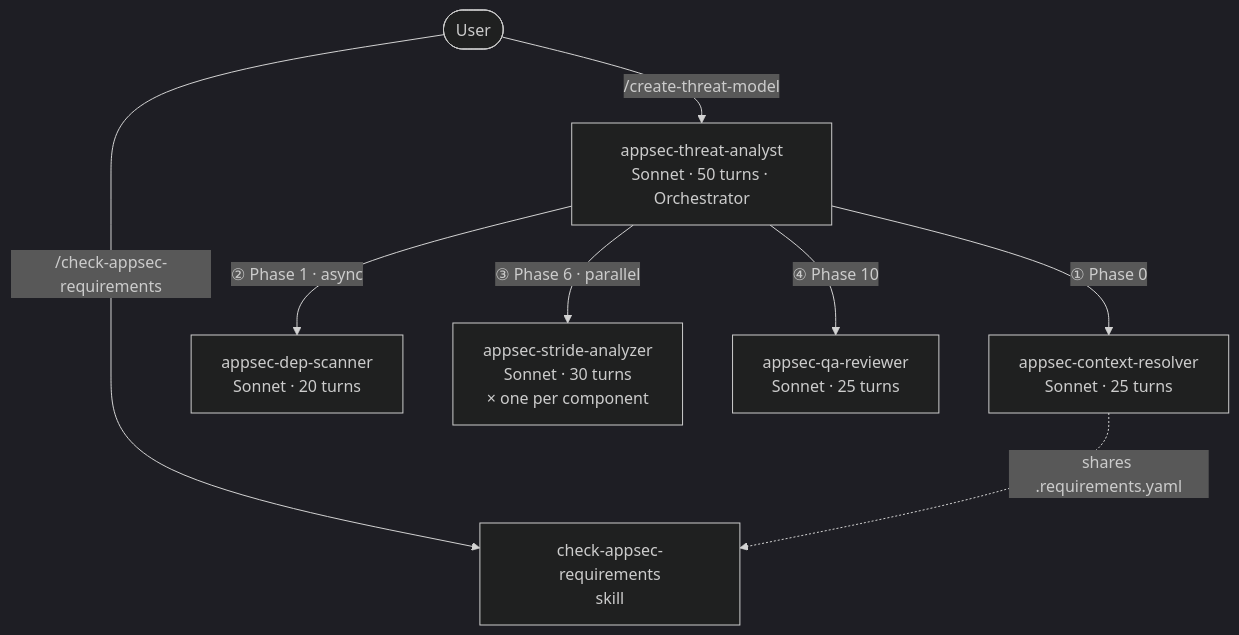
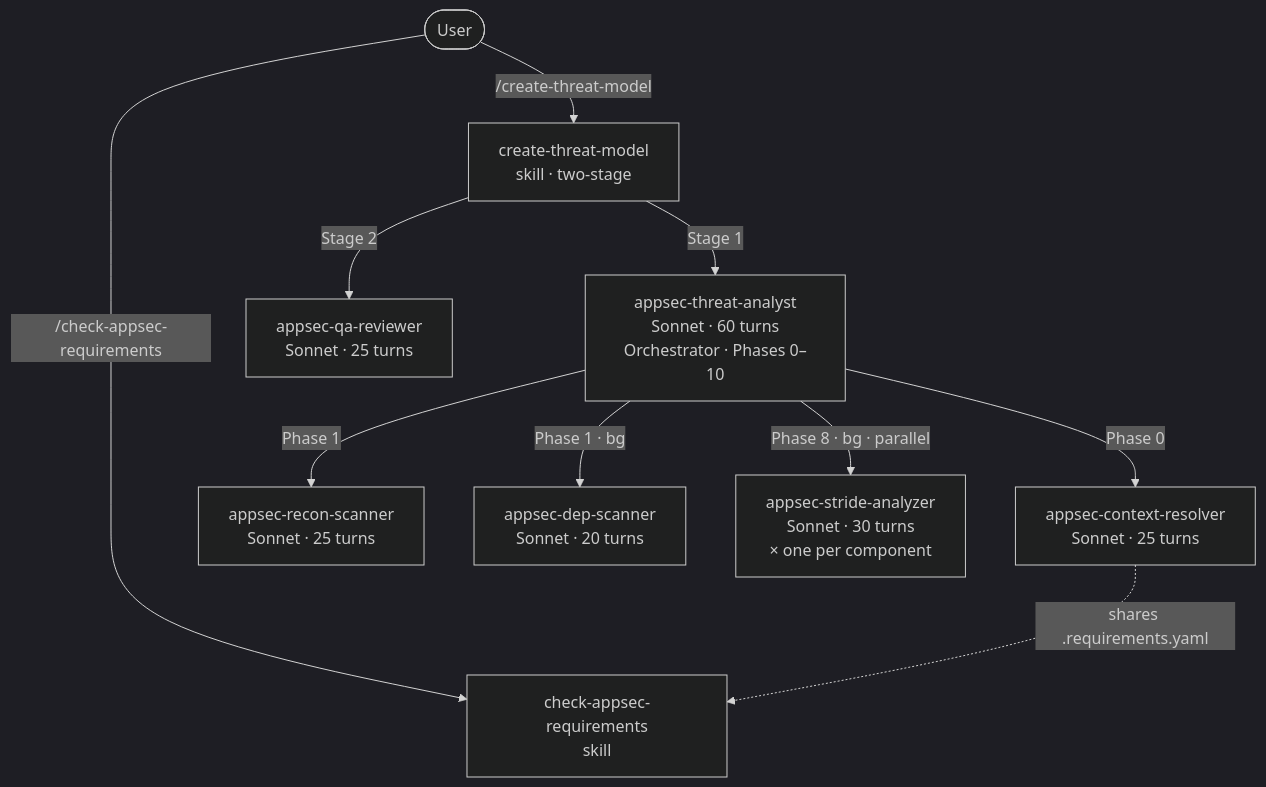
Before and after one commit to appsec-foundry/appsec-analyzer: the first of 2 diagrams in README.md, drawn with Mermaid (dark theme). The commit also changed other lines of this file and 10 other files, not shown here.

````diff
--- a/README.md
+++ b/README.md
@@ -87,15 +120,16 @@
 ```mermaid
 flowchart TD
     U(["User"])
-    U -->|"/create-threat-model"| TA
+    U -->|"/create-threat-model"| SKILL["create-threat-model\nskill · two-stage"]
     U -->|"/check-appsec-requirements"| SKL["check-appsec-requirements\nskill"]
 
-    TA["appsec-threat-analyst\nSonnet · 50 turns · Orchestrator"]
+    SKILL -->|"Stage 1"| TA["appsec-threat-analyst\nSonnet · 60 turns\nOrchestrator · Phases 0–10"]
+    SKILL -->|"Stage 2"| QA["appsec-qa-reviewer\nSonnet · 25 turns"]
 
-    TA -->|"① Phase 0"| CR["appsec-context-resolver\nSonnet · 25 turns"]
-    TA -->|"② Phase 1 · async"| DS["appsec-dep-scanner\nSonnet · 20 turns"]
-    TA -->|"③ Phase 6 · parallel"| SA["appsec-stride-analyzer\nSonnet · 30 turns\n× one per component"]
-    TA -->|"④ Phase 10"| QA["appsec-qa-reviewer\nSonnet · 25 turns"]
+    TA -->|"Phase 0"| CR["appsec-context-resolver\nSonnet · 25 turns"]
+    TA -->|"Phase 1"| RS["appsec-recon-scanner\nSonnet · 25 turns"]
+    TA -->|"Phase 1 · bg"| DS["appsec-dep-scanner\nSonnet · 20 turns"]
+    TA -->|"Phase 8 · bg · parallel"| SA["appsec-stride-analyzer\nSonnet · 30 turns\n× one per component"]
 
     CR -. "shares .requirements.yaml" .-> SKL
 ```
````
